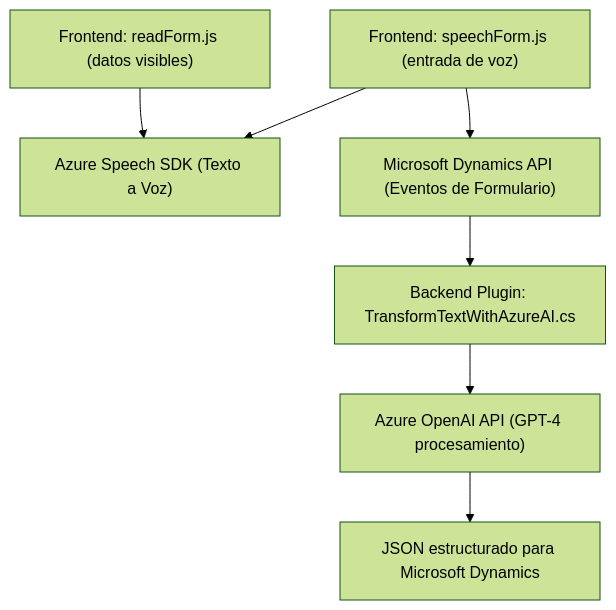
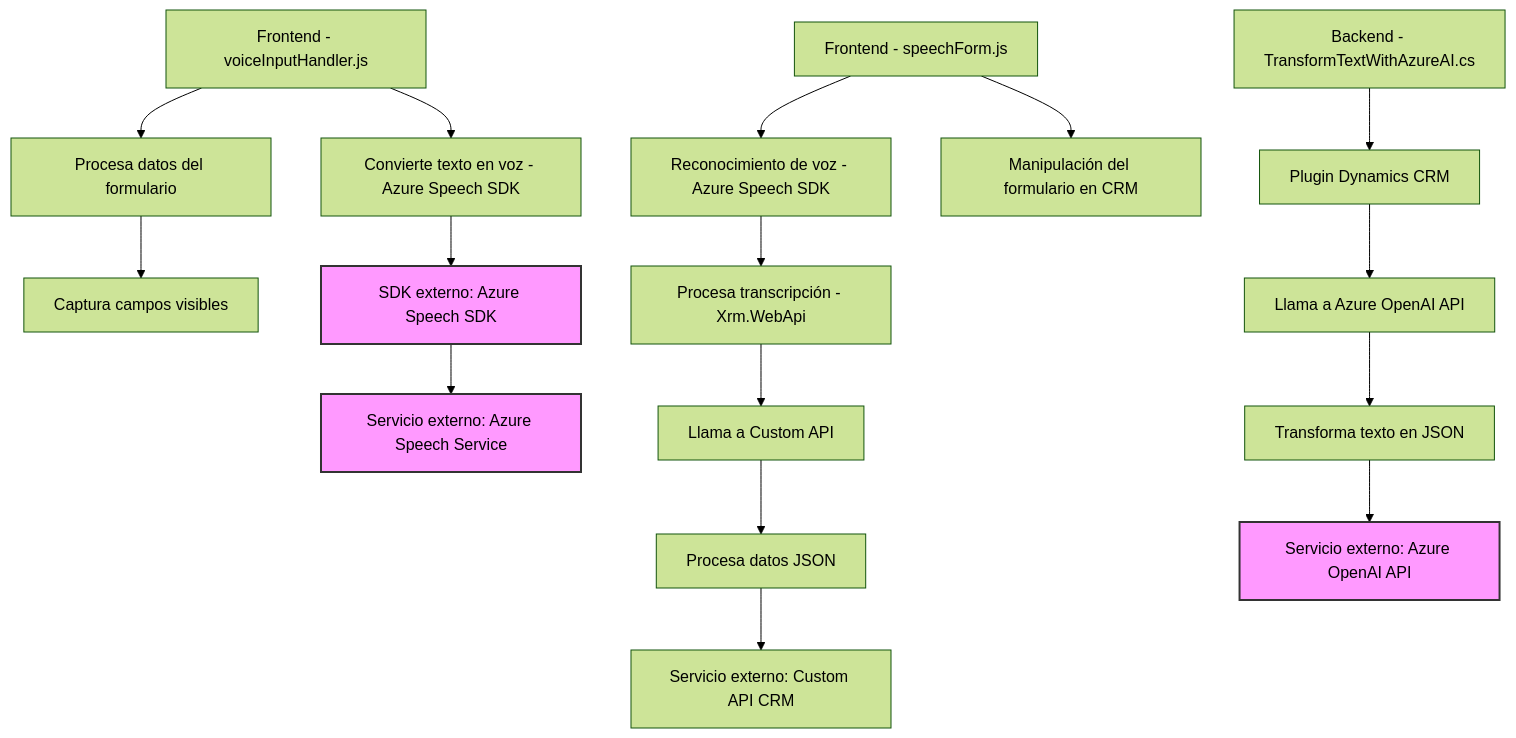
One commit to blopezdm/NETCORE_BILBAO2025 changed the diagram in README.md. Above: the diagram before and after it, drawn with Mermaid (forest theme). The commit also changed other lines of this file, not shown here.

````diff
--- a/README.md
+++ b/README.md
@@ -37,9 +34,25 @@
 ```mermaid
 graph TD
-    A["Frontend: readForm.js (datos visibles)"] --> B["Azure Speech SDK (Texto a Voz)"]
-    C["Frontend: speechForm.js (entrada de voz)"] --> B
-    C --> D["Microsoft Dynamics API (Eventos de Formulario)"]
-    E["Backend Plugin: TransformTextWithAzureAI.cs"] --> F["Azure OpenAI API (GPT-4 procesamiento)"]
-    D --> E
-    F --> G["JSON estructurado para Microsoft Dynamics"]
+    A["Frontend - voiceInputHandler.js"] --> B["Procesa datos del formulario"]
+    A --> C["Convierte texto en voz - Azure Speech SDK"]
+    B --> D["Captura campos visibles"]
+    C --> E["SDK externo: Azure Speech SDK"]
+
+    F["Frontend - speechForm.js"] --> G["Reconocimiento de voz - Azure Speech SDK"]
+    G --> H["Procesa transcripción - Xrm.WebApi"]
+    F --> I["Manipulación del formulario en CRM"]
+    H --> J["Llama a Custom API"]
+    J --> K["Procesa datos JSON"]
+
+    L["Backend - TransformTextWithAzureAI.cs"] --> M["Plugin Dynamics CRM"]
+    M --> N["Llama a Azure OpenAI API"]
+    N --> O["Transforma texto en JSON"]
+
+    E --> P["Servicio externo: Azure Speech Service"]
+    K --> Q["Servicio externo: Custom API CRM"]
+    O --> R["Servicio externo: Azure OpenAI API"]
+
+    style E fill:#f9f,stroke:#333,stroke-width:2px
+    style P fill:#f9f,stroke:#333,stroke-width:2px
+    style R fill:#f9f,stroke:#333,stroke-width:2px
 ```
````
